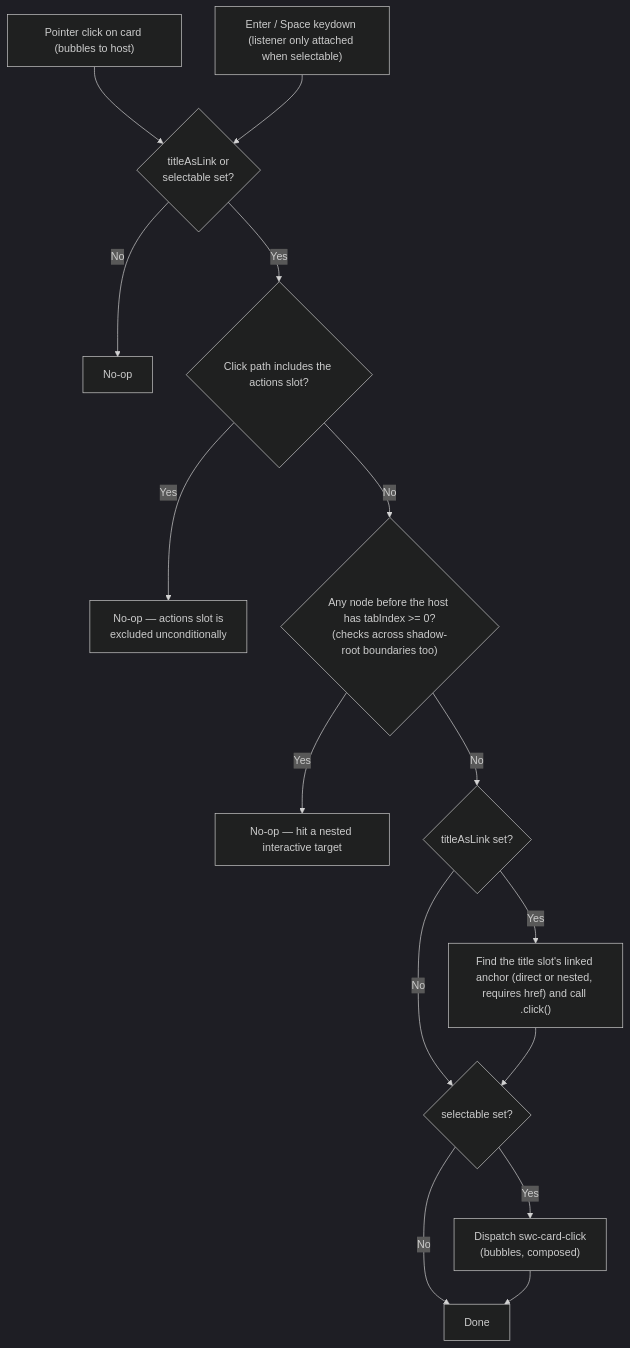
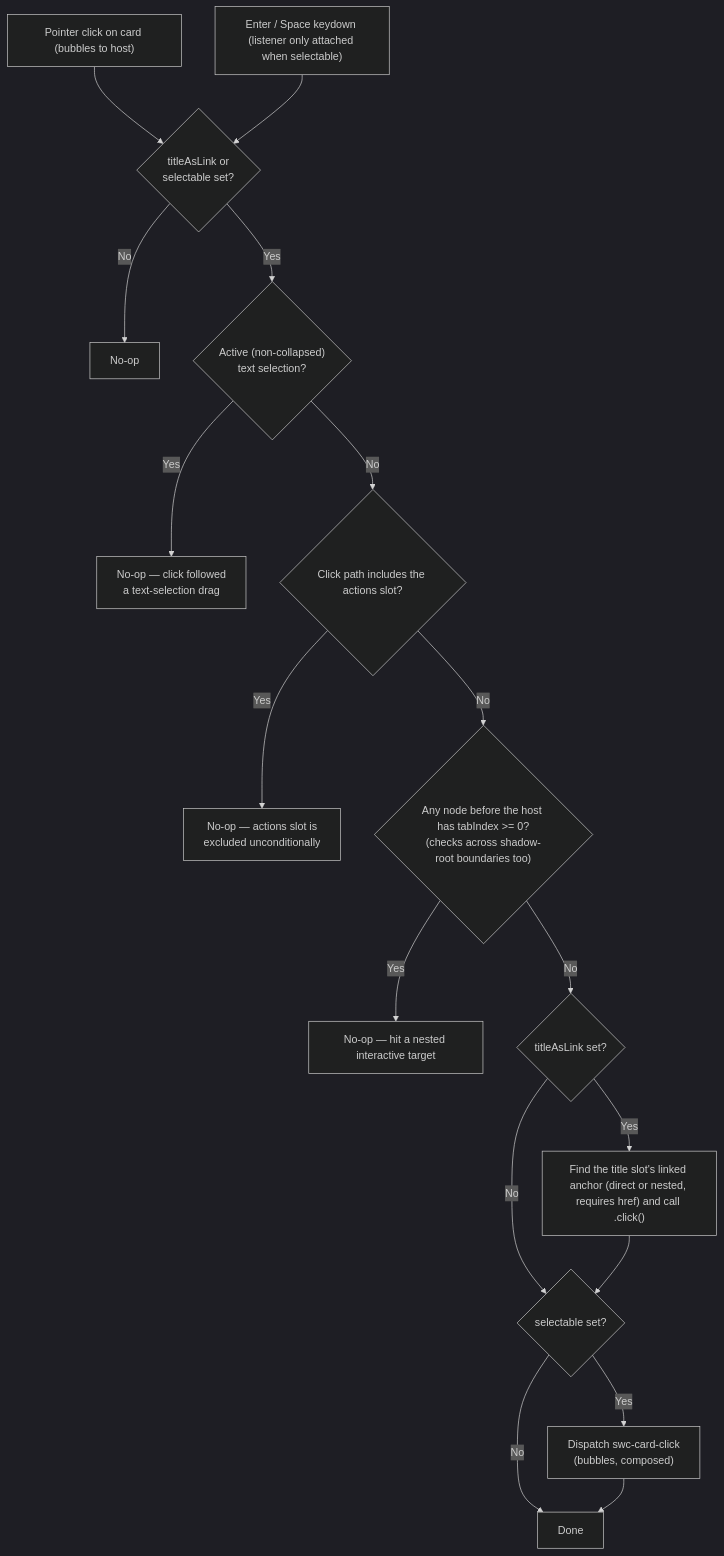
One commit to adobe/spectrum-web-components changed the diagram in CONTRIBUTOR-DOCS/03_project-planning/03_components/card/migration-plan.md. Above: the diagram before and after it, drawn with Mermaid (dark theme). The commit also changed other lines of this file and 2 other files, not shown here.

Commit message:
feat(card): exclude text selection from click event

````diff
--- a/CONTRIBUTOR-DOCS/03_project-planning/03_components/card/migration-plan.md
+++ b/CONTRIBUTOR-DOCS/03_project-planning/03_components/card/migration-plan.md
@@ -224,23 +225,26 @@
 ```mermaid
 flowchart TD
     A["Pointer click on card (bubbles to host)"] --> C
     B["Enter / Space keydown (listener only attached when selectable)"] --> C
 
     C{"titleAsLink or\nselectable set?"}
     C -->|No| Z1["No-op"]
-    C -->|Yes| D{"Click path includes the actions slot?"}
+    C -->|Yes| S{"Active (non-collapsed)\ntext selection?"}
+
+    S -->|Yes| Z0["No-op — click followed\na text-selection drag"]
+    S -->|No| D{"Click path includes the actions slot?"}
 
     D -->|Yes| Z2["No-op — actions slot is\nexcluded unconditionally"]
     D -->|No| E{"Any node before the host has tabIndex >= 0?\n(checks across shadow-root boundaries too)"}
 
     E -->|Yes| Z3["No-op — hit a nested interactive target"]
     E -->|No| F{"titleAsLink set?"}
 
     F -->|Yes| G["Find the title slot's linked anchor (direct or nested, requires href) and call .click()"]
     F -->|No| H
     G --> H{"selectable set?"}
 
     H -->|Yes| I["Dispatch swc-card-click\n(bubbles, composed)"]
     H -->|No| J["Done"]
     I --> J
 ```
````
